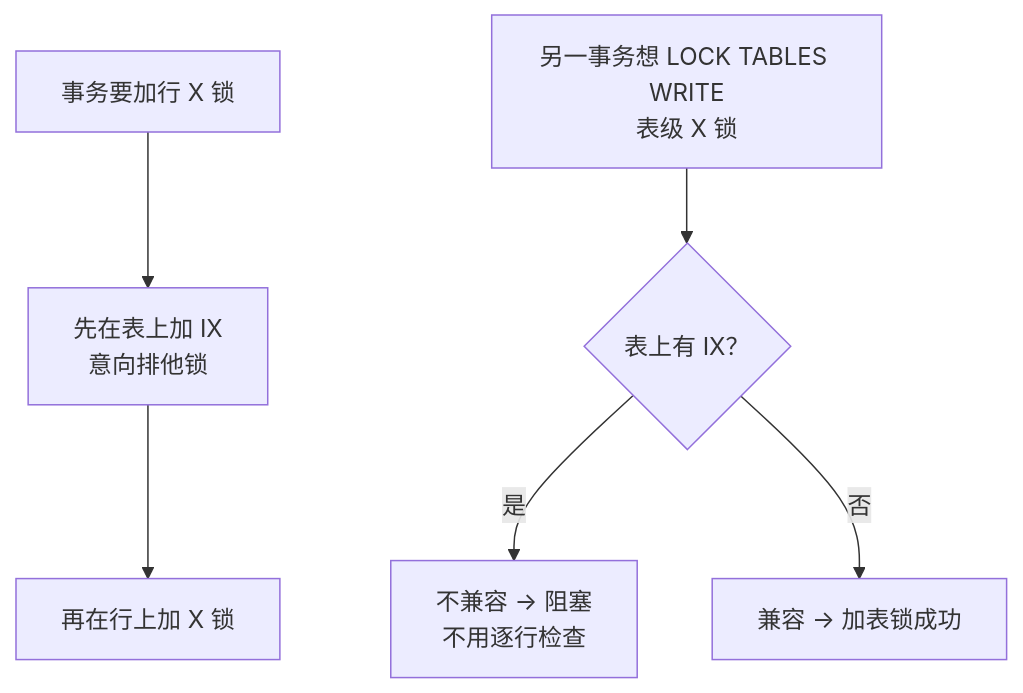
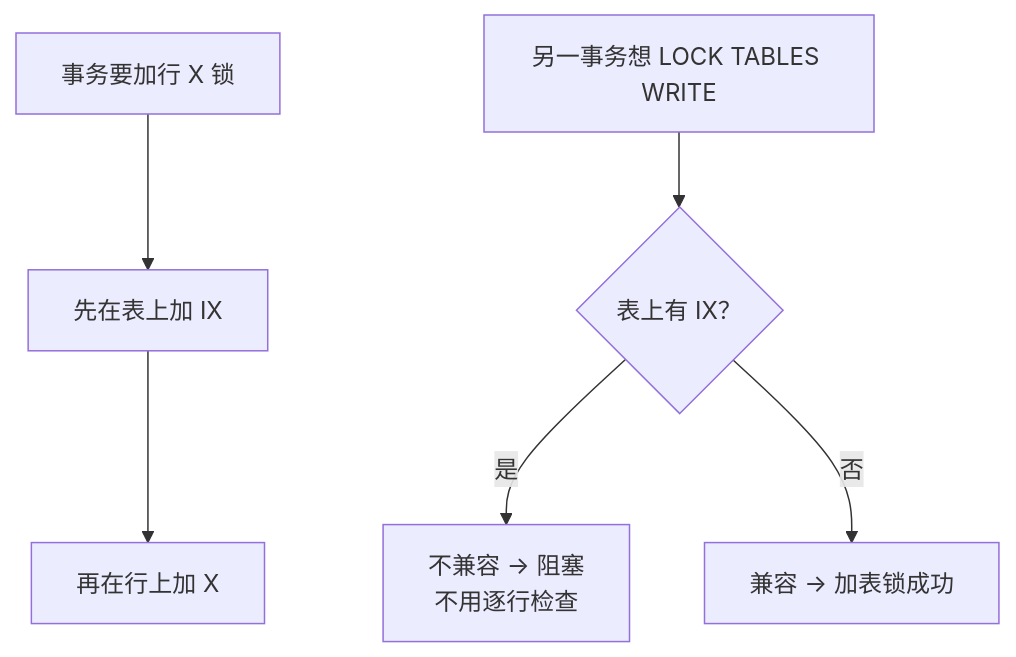
Before and after one commit to ml-cuizijun/LearnToLilith: the second of 4 diagrams in 02-中间件与数据库/01-MySQL/03-事务与锁/知识点.md, drawn with Mermaid. The commit also changed other lines of this file and 178 other files, not shown here.

````diff
--- a/02-中间件与数据库/01-MySQL/03-事务与锁/知识点.md
+++ b/02-中间件与数据库/01-MySQL/03-事务与锁/知识点.md
@@ -340,8 +326,8 @@
 ```mermaid
 flowchart TD
-    A["事务要加行 X 锁"] --> B["先在表上加 IX<br/>意向排他锁"]
-    B --> C["再在行上加 X 锁"]
-    D["另一事务想 LOCK TABLES WRITE<br/>表级 X 锁"] --> E{"表上有 IX？"}
+    A["事务要加行 X 锁"] --> B["先在表上加 IX"]
+    B --> C["再在行上加 X"]
+    D["另一事务想 LOCK TABLES WRITE"] --> E{"表上有 IX？"}
     E -->|是| F["不兼容 → 阻塞<br/>不用逐行检查"]
     E -->|否| G["兼容 → 加表锁成功"]
 ```
````
